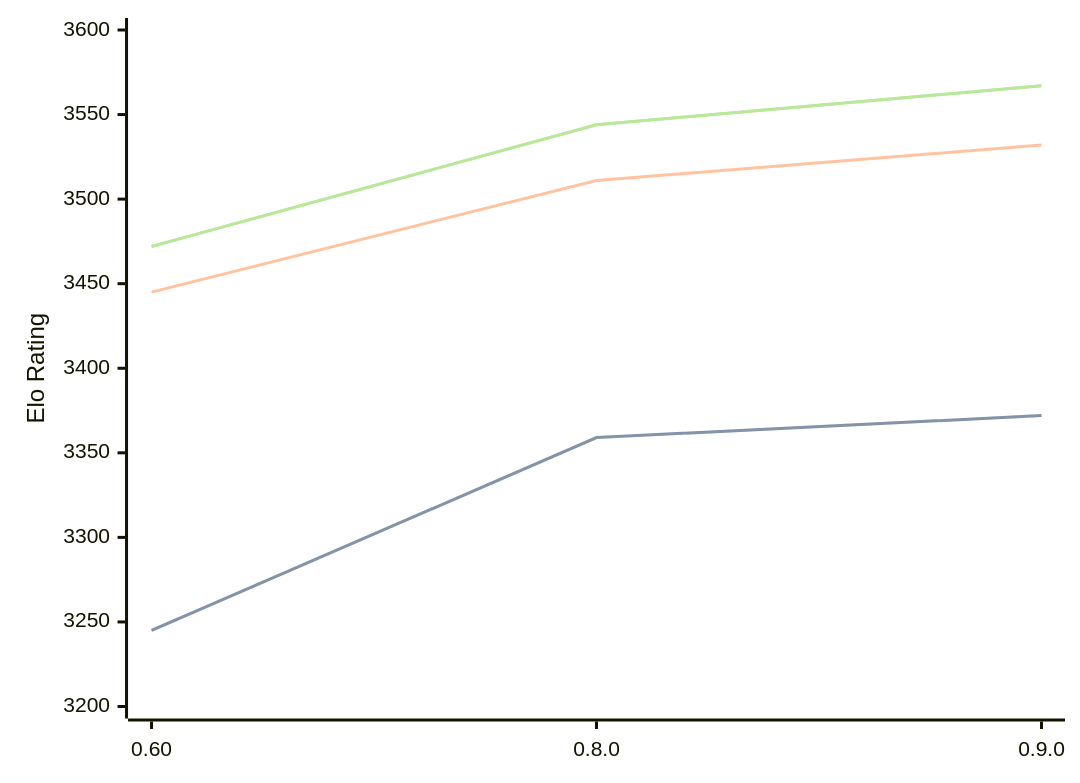
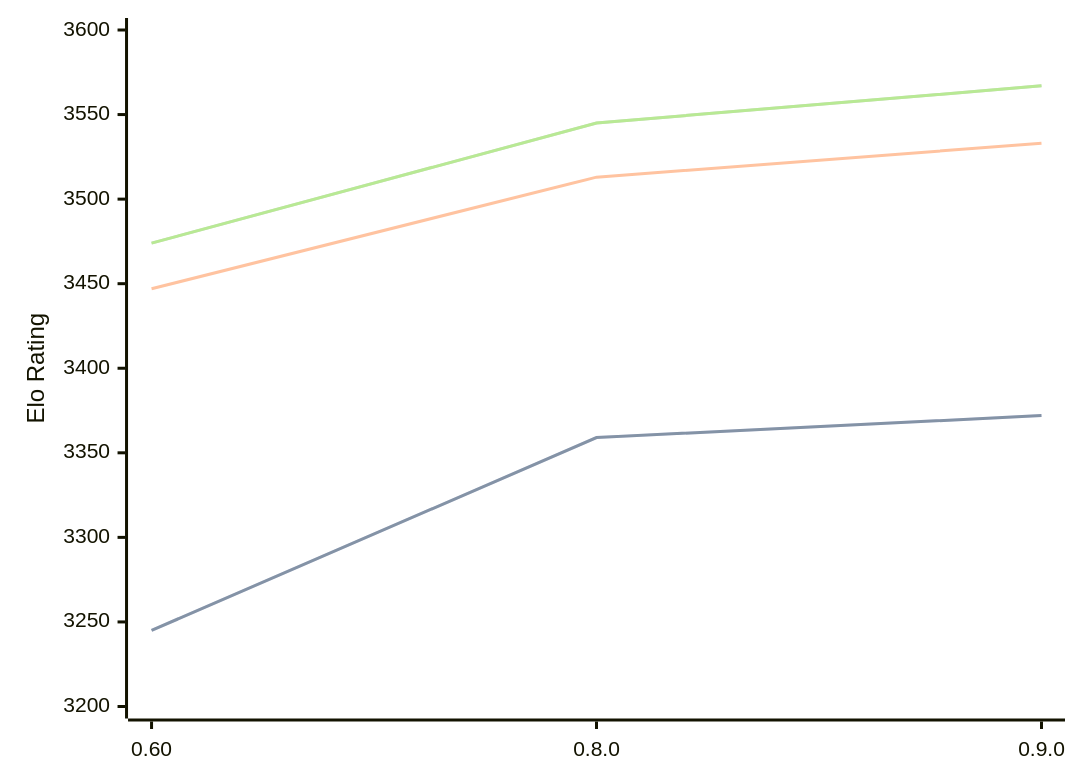
Before and after one commit to computer-chess-index/cci: the diagram in engines/Motor.md, drawn with Mermaid. The commit also changed other lines of this file, not shown here.

Commit message:
Update CCI Ratings (ELO VLTC) - 2026-04-24

````diff
--- a/engines/Motor.md
+++ b/engines/Motor.md
@@ -39,11 +39,11 @@
 ```mermaid
 %%{init: {"theme":"base","themeVariables":{"seriesColors:['#a3a3a3','#222221','#faa371']}}}%%
 xychart-beta
   x-axis ["0.60", "0.8.0", "0.9.0"]
   y-axis "Elo Rating" 3200 --> 3600
   line "STC (8.0+0.08s)" [3245, 3359, 3372]
   line "STC (8.0+0.08s)" [3245, 3359, 3372]
-  line "LTC (60.0+0.60s)" [3445, 3511, 3532]
-  line "VLTC (2m24s+1.12s)" [3472, 3544, 3567]
-  line "VLTC (2m24s+1.12s)" [3472, 3544, 3567]
+  line "LTC (60.0+0.60s)" [3447, 3513, 3533]
+  line "VLTC (2m24s+1.12s)" [3474, 3545, 3567]
+  line "VLTC (2m24s+1.12s)" [3474, 3545, 3567]
 ```
````
